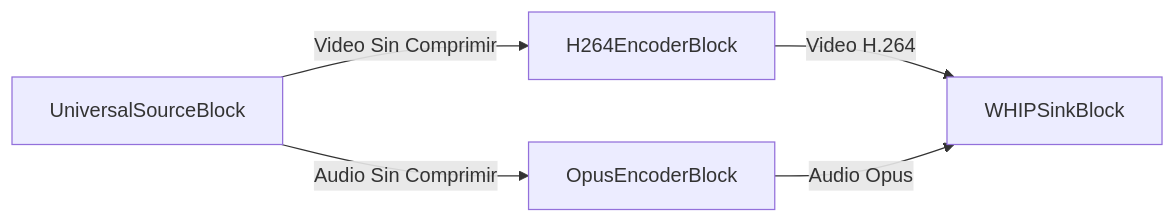
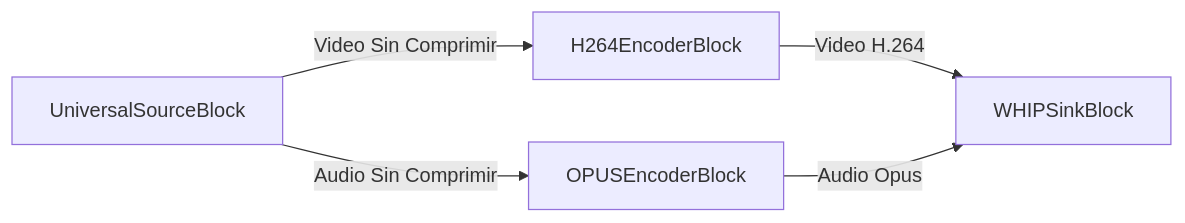
Diagram 23 of 24 in dotnet/mediablocks/Sinks/index.es.md (visioforge/help), drawn with Mermaid before and after one commit. The commit also changed other lines of this file and 815 other files, not shown here.

````diff
--- a/dotnet/mediablocks/Sinks/index.es.md
+++ b/dotnet/mediablocks/Sinks/index.es.md
@@ -1596,7 +1601,7 @@
 ```mermaid
 graph LR;
     UniversalSourceBlock -- Video Sin Comprimir --> H264EncoderBlock;
-    UniversalSourceBlock -- Audio Sin Comprimir --> OpusEncoderBlock;
+    UniversalSourceBlock -- Audio Sin Comprimir --> OPUSEncoderBlock;
     H264EncoderBlock -- Video H.264 --> WHIPSinkBlock;
-    OpusEncoderBlock -- Audio Opus --> WHIPSinkBlock;
+    OPUSEncoderBlock -- Audio Opus --> WHIPSinkBlock;
 ```
````
